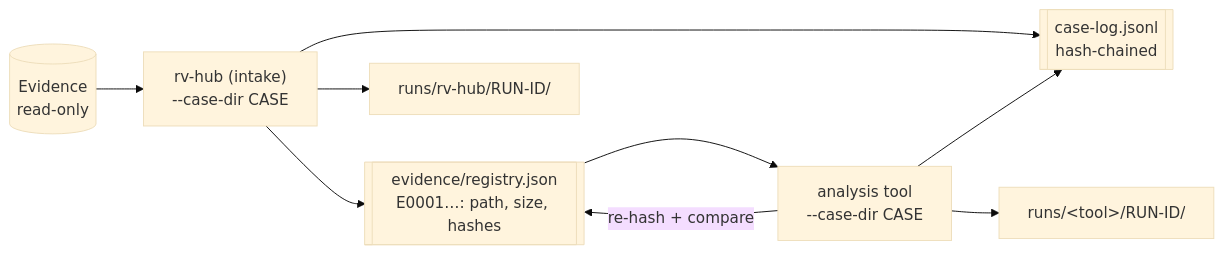
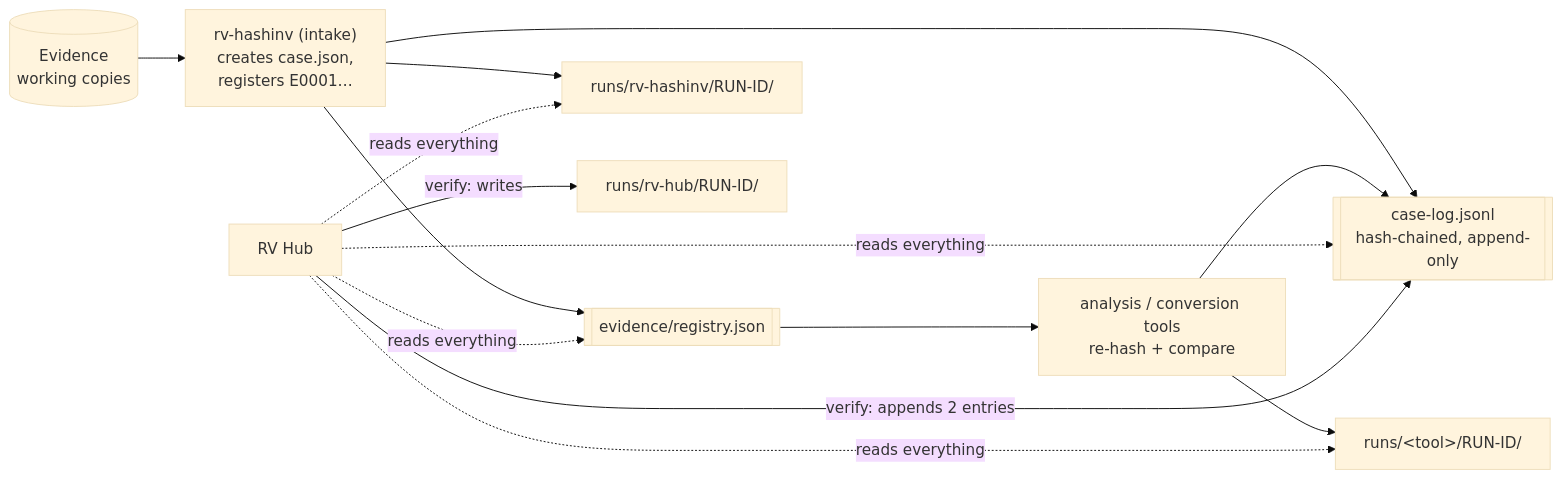
The first of 2 diagrams in docs/case-folder.md (Panacota96/rv-hub), drawn with Mermaid (base theme) before and after one commit. The commit also changed other lines of this file and 6 other files, not shown here.

First line of the commit message:
docs: usage, installation, case folder, forensic audit, architecture, CHANGELOG and examples for the hub

````diff
--- a/docs/case-folder.md
+++ b/docs/case-folder.md
@@ -9,11 +8,13 @@
 ```mermaid
 flowchart LR
-    E[(Evidence<br/>read-only)] --> H["rv-hub (intake)<br/>--case-dir CASE"]
-    H --> R[["evidence/registry.json<br/>E0001…: path, size, hashes"]]
-    H --> CL[["case-log.jsonl<br/>hash-chained"]]
-    R --> P["analysis tool<br/>--case-dir CASE"]
-    P -->|re-hash + compare| R
+    E[(Evidence<br/>working copies)] --> H["rv-hashinv (intake)<br/>creates case.json,<br/>registers E0001…"]
+    H --> R[["evidence/registry.json"]]
+    H --> CL[["case-log.jsonl<br/>hash-chained, append-only"]]
+    R --> P["analysis / conversion tools<br/>re-hash + compare"]
     P --> CL
-    H --> RH["runs/rv-hub/RUN-ID/"]
+    H --> RH["runs/rv-hashinv/RUN-ID/"]
     P --> RP["runs/&lt;tool&gt;/RUN-ID/"]
+    HUB["RV Hub"] -. "reads everything" .-> CL & R & RH & RP
+    HUB -- "verify: appends 2 entries" --> CL
+    HUB -- "verify: writes" --> RV["runs/rv-hub/RUN-ID/"]
 ```
````
